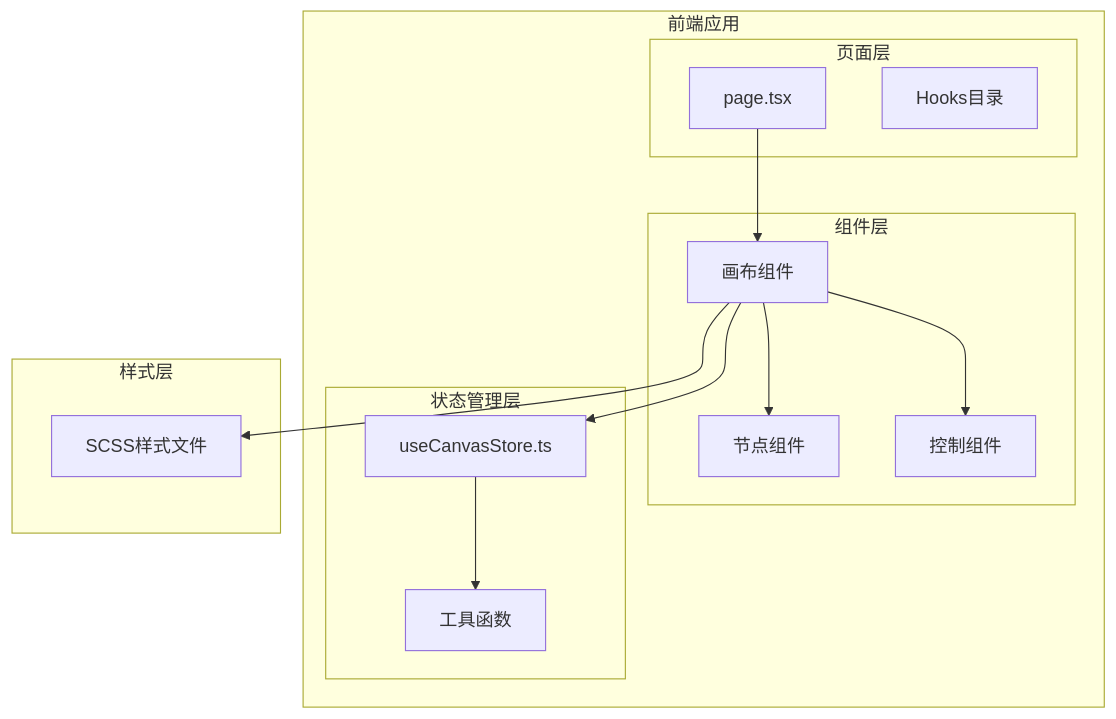
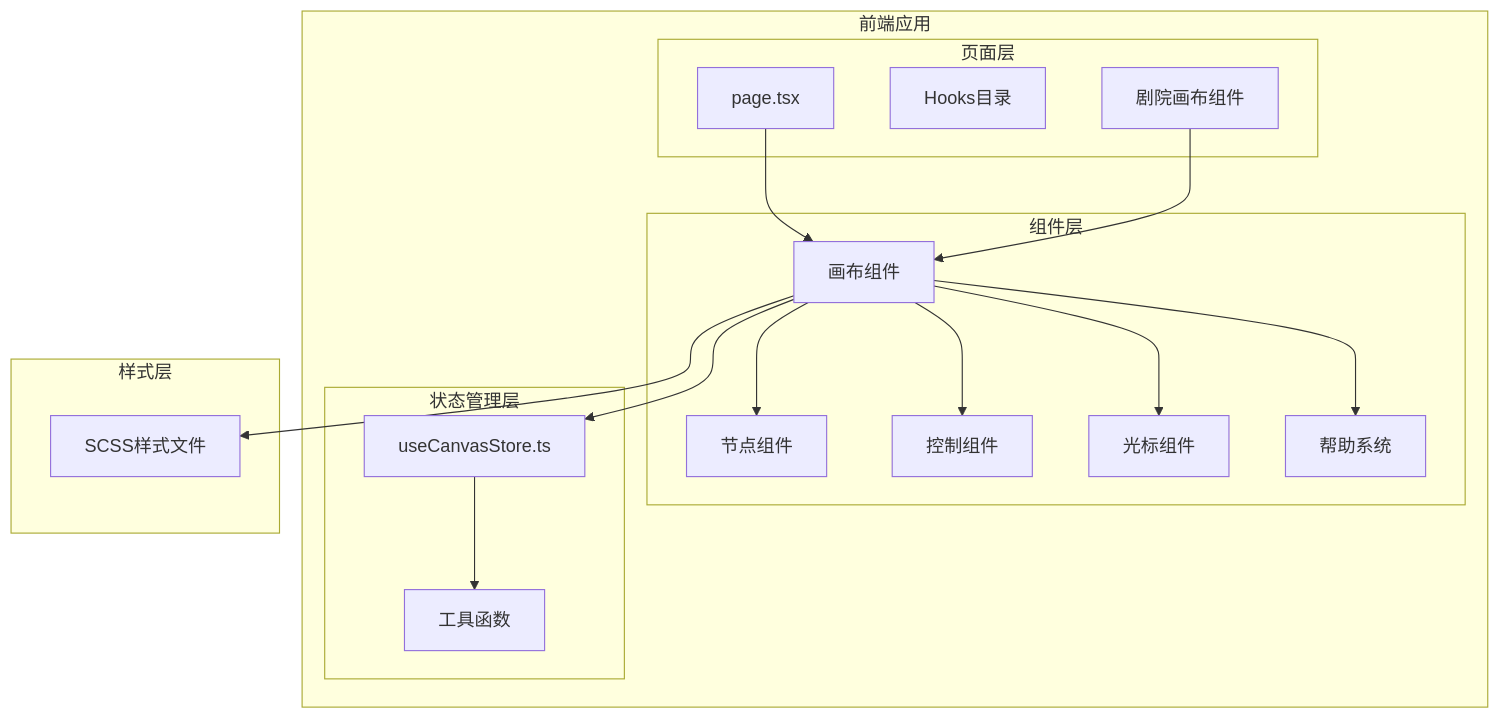
The first of 13 diagrams in .qoder/repowiki/zh/content/前端应用架构/剧场画布编辑器/画布操作/画布交互设置.md (KunLabAI/KunFlix), drawn with Mermaid before and after one commit. The commit also changed other lines of this file and 29 other files, not shown here.

````diff
--- a/.qoder/repowiki/zh/content/前端应用架构/剧场画布编辑器/画布操作/画布交互设置.md
+++ b/.qoder/repowiki/zh/content/前端应用架构/剧场画布编辑器/画布操作/画布交互设置.md
@@ -41,27 +50,33 @@
 ```mermaid
 graph TB
 subgraph "前端应用"
 subgraph "页面层"
 Page[page.tsx]
 Hooks[Hooks目录]
+TheaterCanvas[剧院画布组件]
 end
 subgraph "组件层"
 Canvas[画布组件]
 Nodes[节点组件]
 Controls[控制组件]
+Cursor[光标组件]
+Help[帮助系统]
 end
 subgraph "状态管理层"
 Store[useCanvasStore.ts]
 Utils[工具函数]
 end
 end
 subgraph "样式层"
 SCSS[SCSS样式文件]
 end
 Page --> Canvas
+TheaterCanvas --> Canvas
 Canvas --> Nodes
 Canvas --> Controls
+Canvas --> Cursor
+Canvas --> Help
 Canvas --> Store
 Store --> Utils
 Canvas --> SCSS
 ```
````
